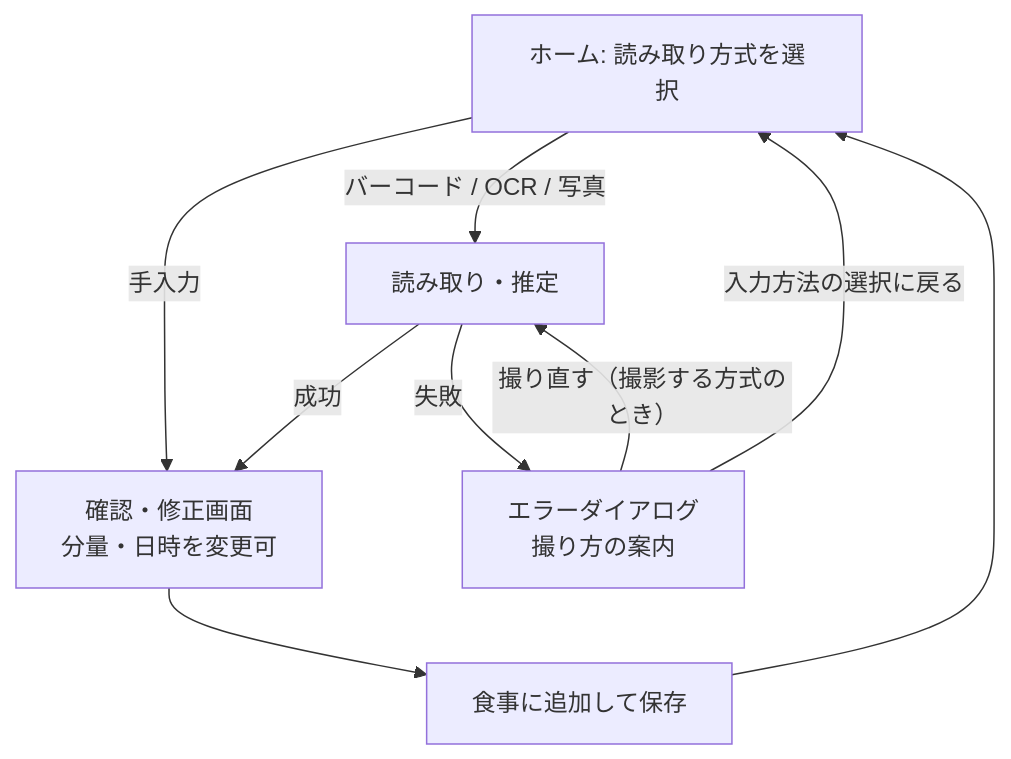
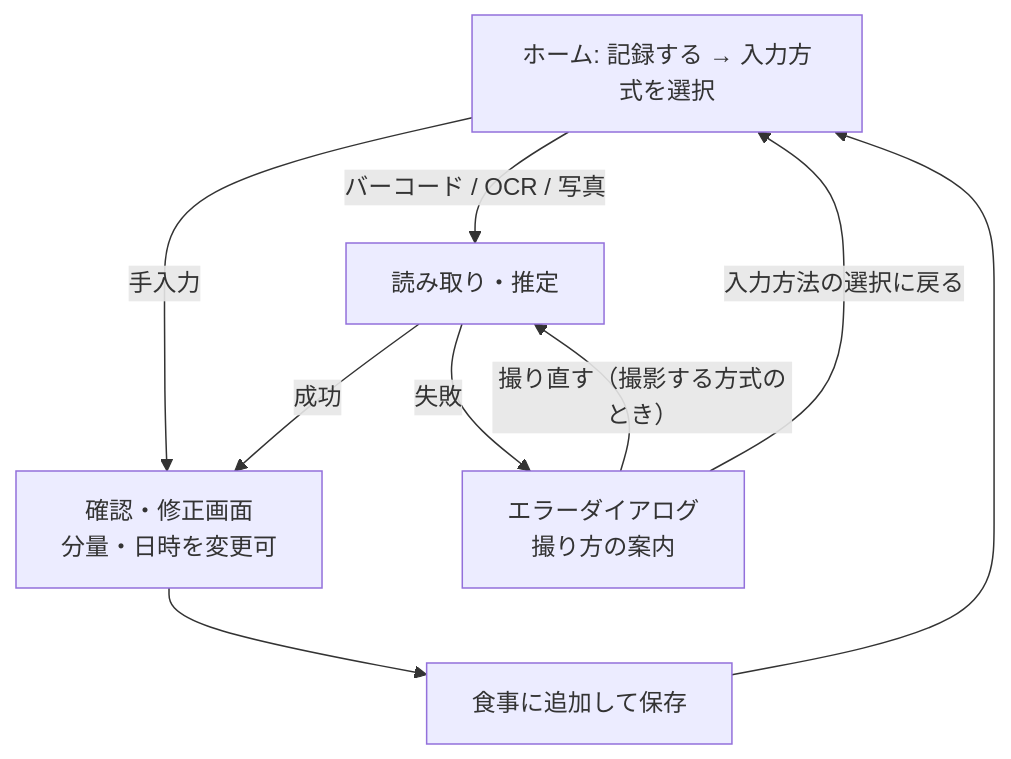
Before and after one commit to t-teieki/onaka-log: the diagram in docs/01_requirements/scope.md, drawn with Mermaid. The commit also changed other lines of this file and 18 other files, not shown here.

````diff
--- a/docs/01_requirements/scope.md
+++ b/docs/01_requirements/scope.md
@@ -47,11 +47,11 @@
 ```mermaid
 flowchart TD
-    Home[ホーム: 読み取り方式を選択] -->|バーコード / OCR / 写真| Get[読み取り・推定]
+    Home[ホーム: 記録する → 入力方式を選択] -->|バーコード / OCR / 写真| Get[読み取り・推定]
     Home -->|手入力| Confirm
     Get -->|成功| Confirm[確認・修正画面<br>分量・日時を変更可]
     Get -->|失敗| Err[エラーダイアログ<br>撮り方の案内]
     Err -->|撮り直す（撮影する方式のとき）| Get
     Err -->|入力方法の選択に戻る| Home
     Confirm --> Save[食事に追加して保存]
     Save --> Home
 ```
````
